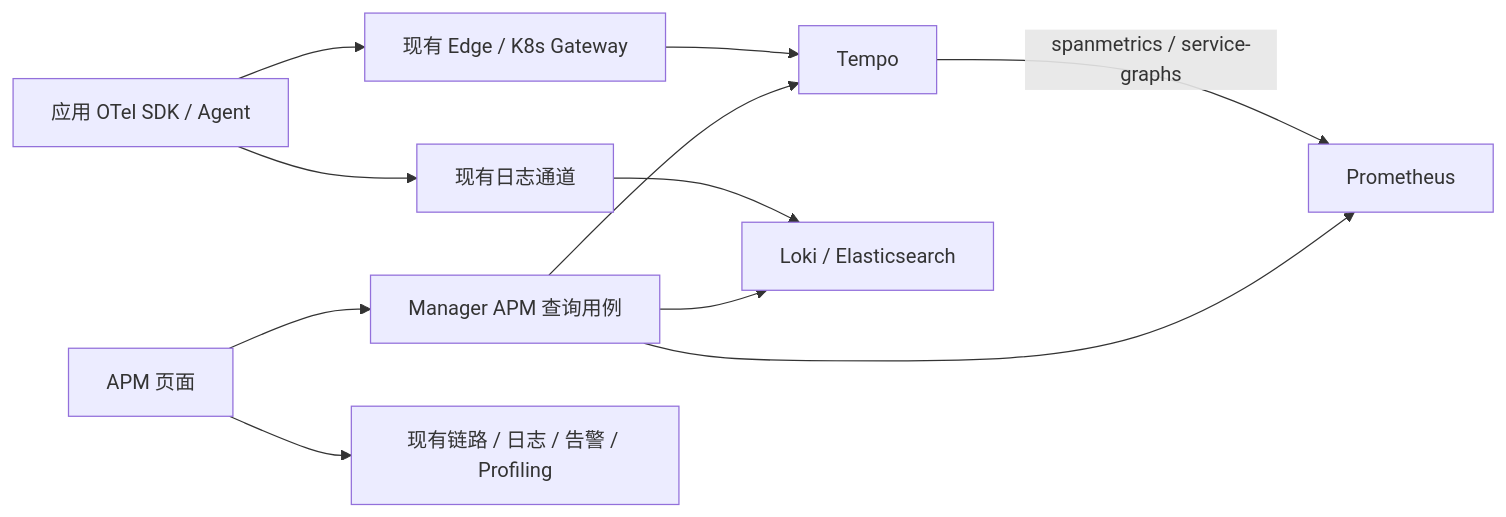
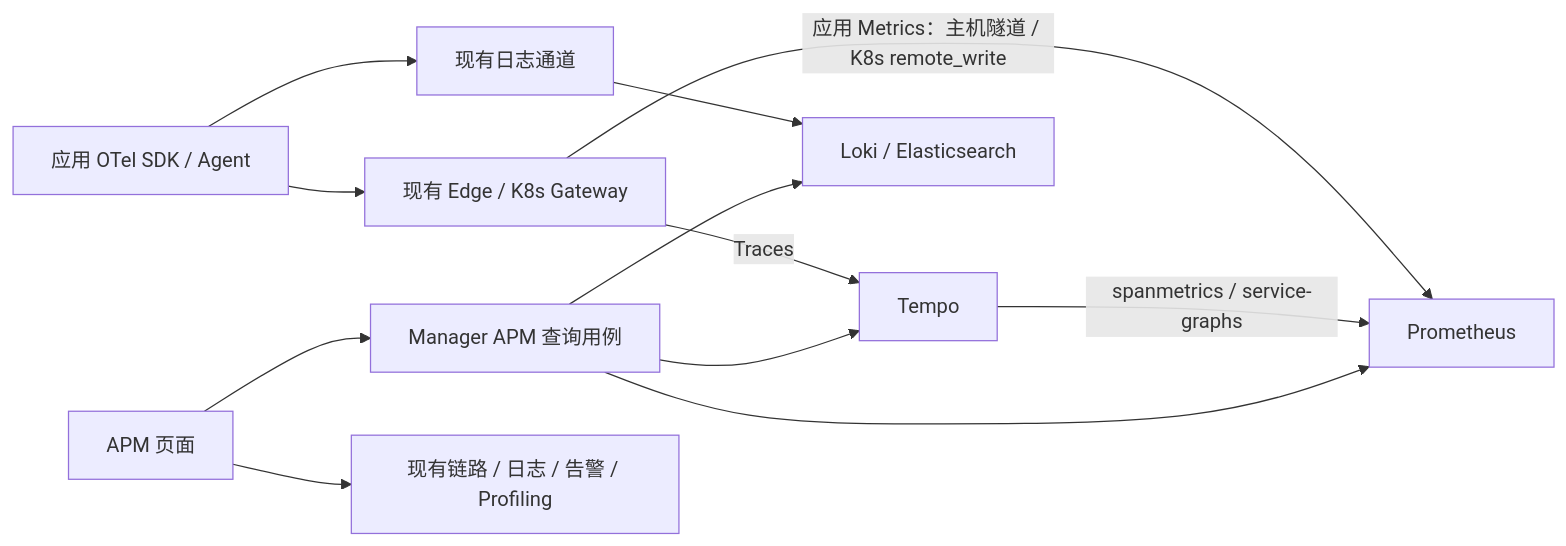
One commit to ongridio/ongrid changed the diagram in docs/design/HLD-002-application-performance-monitoring.md. Above: the diagram before and after it, drawn with Mermaid. The commit also changed other lines of this file and 27 other files, not shown here.

````diff
--- a/docs/design/HLD-002-application-performance-monitoring.md
+++ b/docs/design/HLD-002-application-performance-monitoring.md
@@ -7,13 +7,14 @@
 ```mermaid
 flowchart LR
     App[应用 OTel SDK / Agent] --> Collector[现有 Edge / K8s Gateway]
-    Collector --> Tempo
+    Collector -->|Traces| Tempo
+    Collector -->|应用 Metrics：主机隧道 / K8s remote_write| Prometheus
     Tempo -->|spanmetrics / service-graphs| Prometheus
     App --> Logs[现有日志通道]
     Logs --> Backend[Loki / Elasticsearch]
     UI[APM 页面] --> Manager[Manager APM 查询用例]
     Manager --> Tempo
     Manager --> Prometheus
     Manager --> Backend
     UI --> Tools[现有链路 / 日志 / 告警 / Profiling]
 ```
````
